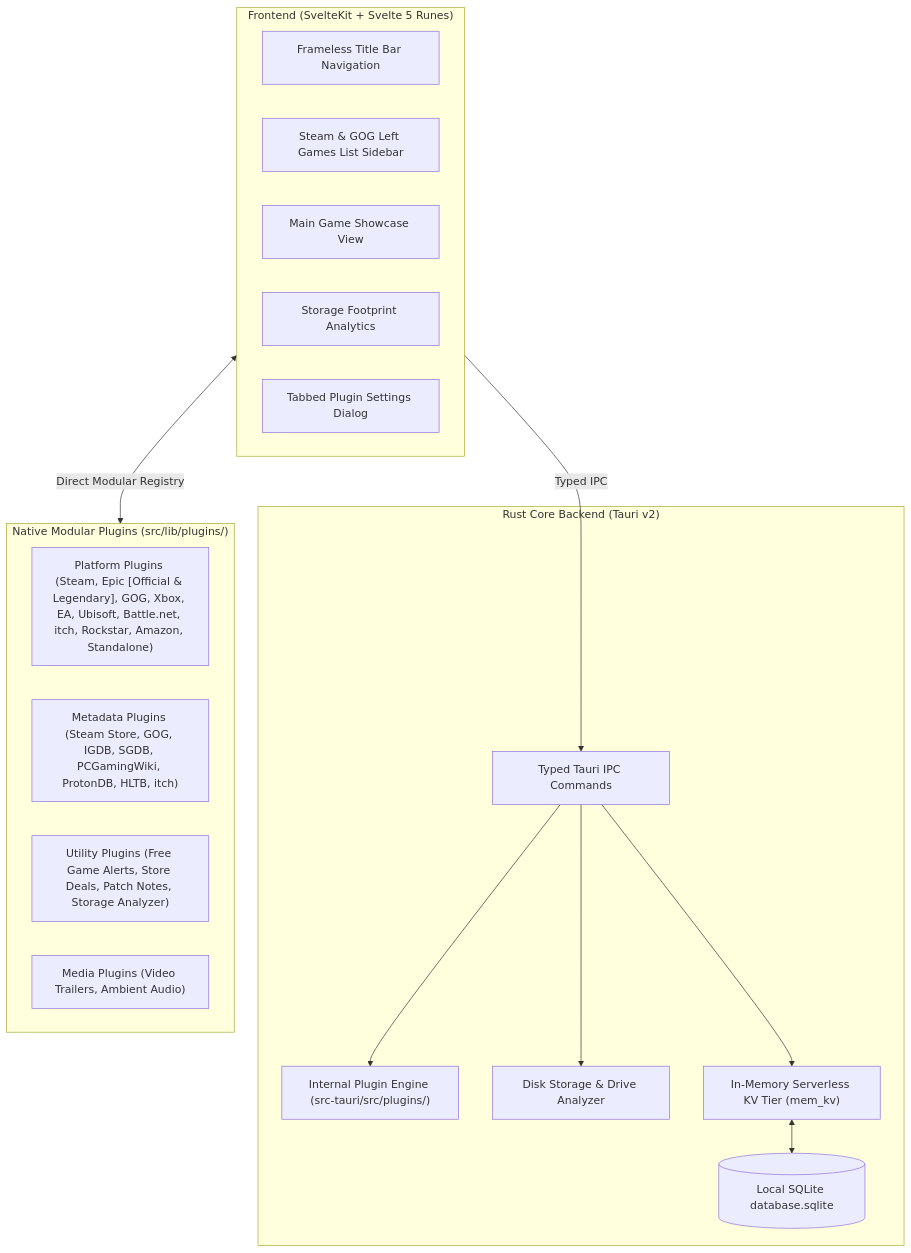
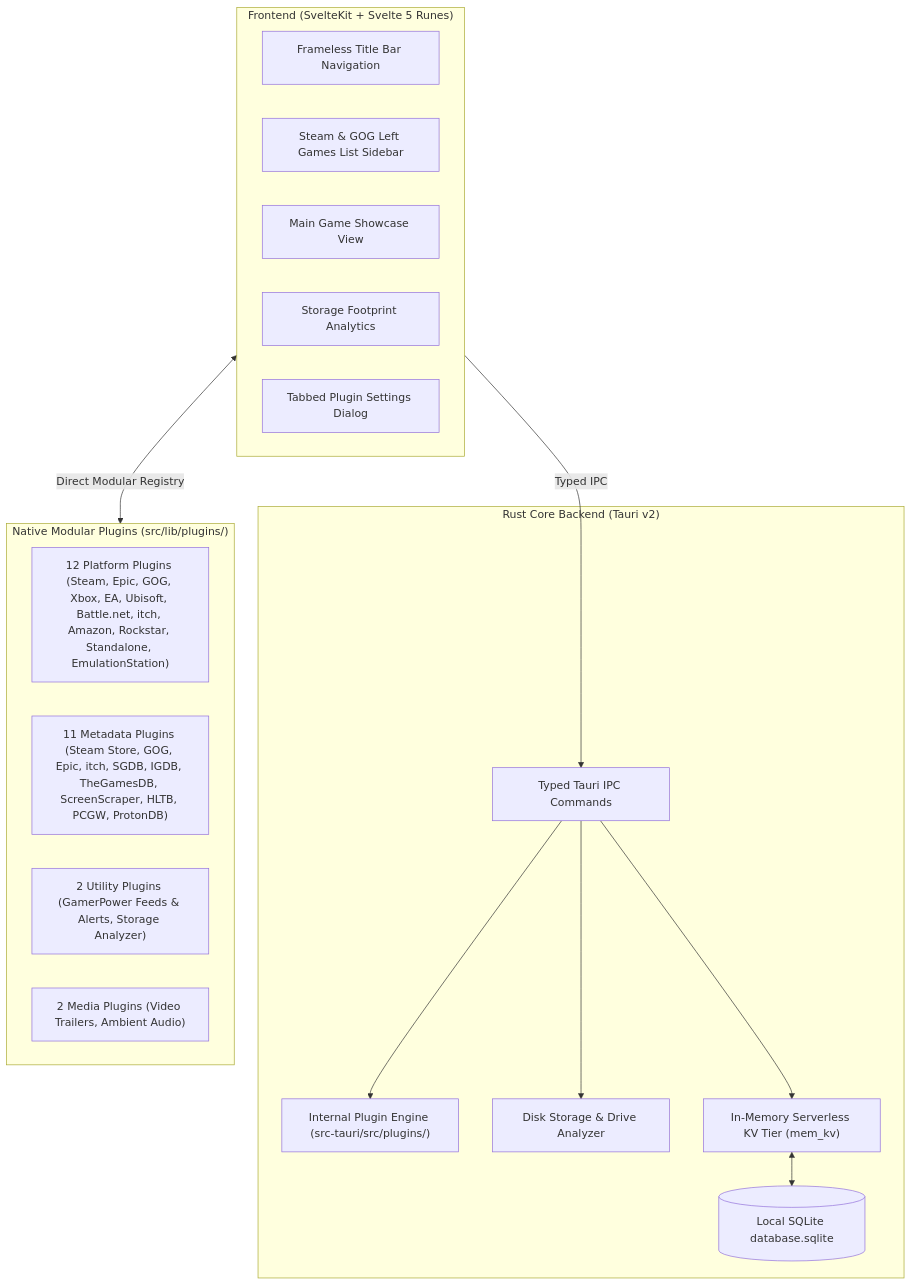
The diagram in docs/_wiki/Architecture.md (HELIX-Origin/Steam-Vault), drawn with Mermaid before and after one commit. The commit also changed other lines of this file and 20 other files, not shown here.

Commit message:
docs: comprehensive audit, available plugins catalog & technical wiki developer guide

````diff
--- a/docs/_wiki/Architecture.md
+++ b/docs/_wiki/Architecture.md
@@ -15,32 +15,32 @@
 ```mermaid
 flowchart TB
     subgraph Frontend["Frontend (SvelteKit + Svelte 5 Runes)"]
         TitleBar[Frameless Title Bar Navigation]
         Sidebar[Steam & GOG Left Games List Sidebar]
         Showcase[Main Game Showcase View]
         StorageUI[Storage Footprint Analytics]
         PluginModal[Tabbed Plugin Settings Dialog]
     end
 
     subgraph Backend["Rust Core Backend (Tauri v2)"]
         IPC[Typed Tauri IPC Commands]
         PluginEngine["Internal Plugin Engine (src-tauri/src/plugins/)"]
         StorageEngine[Disk Storage & Drive Analyzer]
         MemKV["In-Memory Serverless KV Tier (mem_kv)"]
         DB[(Local SQLite database.sqlite)]
     end
 
     subgraph Plugins["Native Modular Plugins (src/lib/plugins/)"]
-        Platforms["Platform Plugins (Steam, Epic [Official & Legendary], GOG, Xbox, EA, Ubisoft, Battle.net, itch, Rockstar, Amazon, Standalone)"]
-        Meta["Metadata Plugins (Steam Store, GOG, IGDB, SGDB, PCGamingWiki, ProtonDB, HLTB, itch)"]
-        Utility["Utility Plugins (Free Game Alerts, Store Deals, Patch Notes, Storage Analyzer)"]
-        Media["Media Plugins (Video Trailers, Ambient Audio)"]
+        Platforms["12 Platform Plugins (Steam, Epic, GOG, Xbox, EA, Ubisoft, Battle.net, itch, Amazon, Rockstar, Standalone, EmulationStation)"]
+        Meta["11 Metadata Plugins (Steam Store, GOG, Epic, itch, SGDB, IGDB, TheGamesDB, ScreenScraper, HLTB, PCGW, ProtonDB)"]
+        Utility["2 Utility Plugins (GamerPower Feeds & Alerts, Storage Analyzer)"]
+        Media["2 Media Plugins (Video Trailers, Ambient Audio)"]
     end
 
     Frontend -->|Typed IPC| IPC
     IPC --> PluginEngine
     IPC --> StorageEngine
     IPC --> MemKV
     MemKV <--> DB
     Frontend <-->|Direct Modular Registry| Plugins
 ```
````
